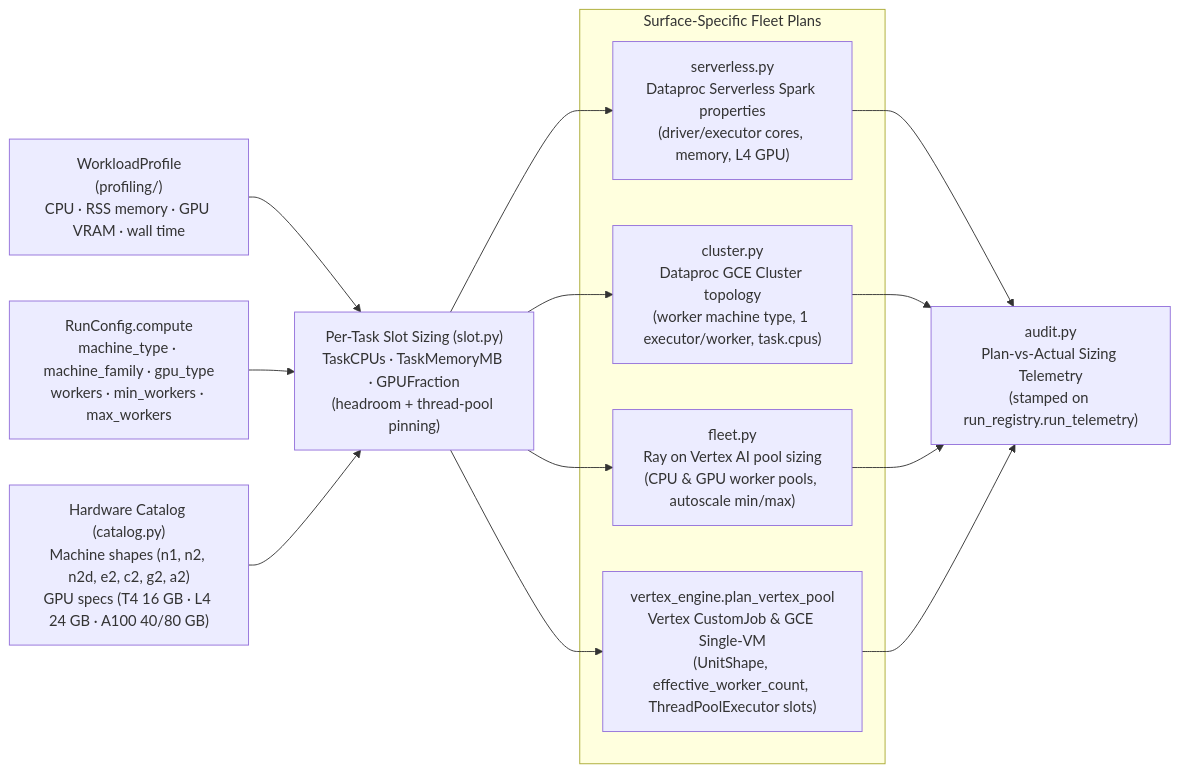
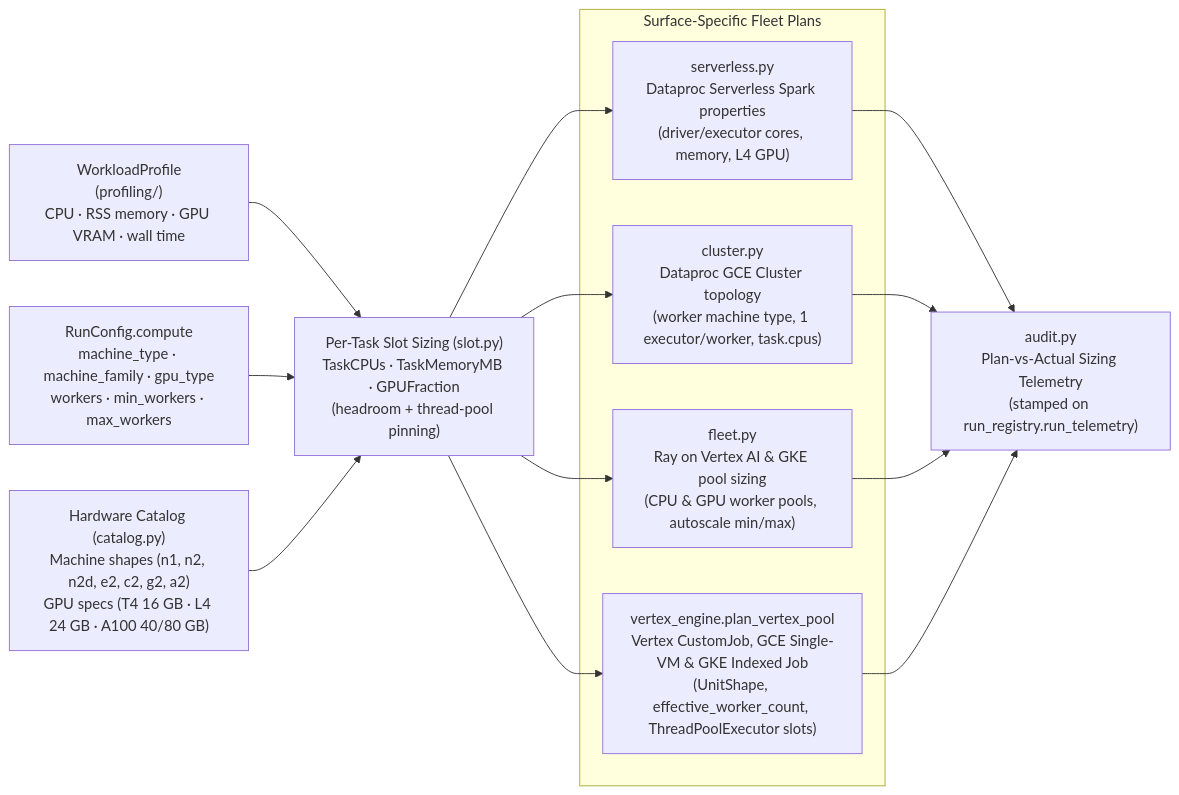
Before and after one commit to statmike/scale-forecasting: the diagram in src/scale_forecasting/resources/README.md, drawn with Mermaid. The commit also changed other lines of this file and 59 other files, not shown here.

Commit message:
feat(gke): add Google Kubernetes Engine (gke) runtime, Indexed Jobs, Ray-on-GKE, per-pod GPU scale-down, and runtimes reference

````diff
--- a/src/scale_forecasting/resources/README.md
+++ b/src/scale_forecasting/resources/README.md
@@ -11,19 +11,19 @@
 ```mermaid
 flowchart LR
     prof["WorkloadProfile<br/>(profiling/)<br/>CPU · RSS memory · GPU VRAM · wall time"]
     cfg["RunConfig.compute<br/>machine_type · machine_family · gpu_type<br/>workers · min_workers · max_workers"]
     cat["Hardware Catalog (catalog.py)<br/>Machine shapes (n1, n2, n2d, e2, c2, g2, a2)<br/>GPU specs (T4 16 GB · L4 24 GB · A100 40/80 GB)"]
 
     slot["Per-Task Slot Sizing (slot.py)<br/>TaskCPUs · TaskMemoryMB · GPUFraction<br/>(headroom + thread-pool pinning)"]
 
     subgraph targets["Surface-Specific Fleet Plans"]
         sls["serverless.py<br/>Dataproc Serverless Spark properties<br/>(driver/executor cores, memory, L4 GPU)"]
         cls["cluster.py<br/>Dataproc GCE Cluster topology<br/>(worker machine type, 1 executor/worker, task.cpus)"]
-        ray["fleet.py<br/>Ray on Vertex AI pool sizing<br/>(CPU & GPU worker pools, autoscale min/max)"]
-        vtx["vertex_engine.plan_vertex_pool<br/>Vertex CustomJob & GCE Single-VM<br/>(UnitShape, effective_worker_count, ThreadPoolExecutor slots)"]
+        ray["fleet.py<br/>Ray on Vertex AI & GKE pool sizing<br/>(CPU & GPU worker pools, autoscale min/max)"]
+        vtx["vertex_engine.plan_vertex_pool<br/>Vertex CustomJob, GCE Single-VM & GKE Indexed Job<br/>(UnitShape, effective_worker_count, ThreadPoolExecutor slots)"]
     end
 
     audit["audit.py<br/>Plan-vs-Actual Sizing Telemetry<br/>(stamped on run_registry.run_telemetry)"]
 
     prof & cfg & cat --> slot --> sls & cls & ray & vtx --> audit
 ```
````
